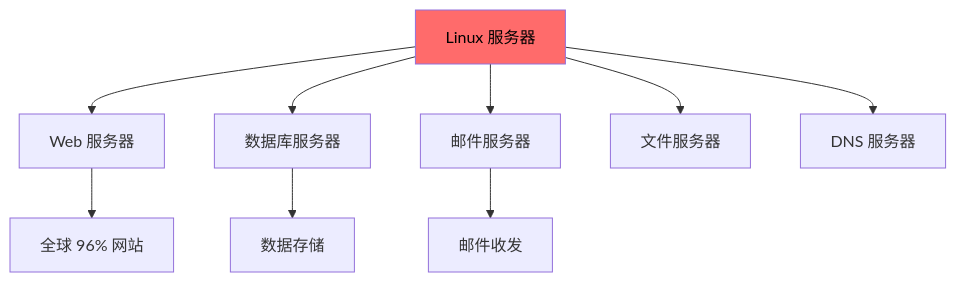
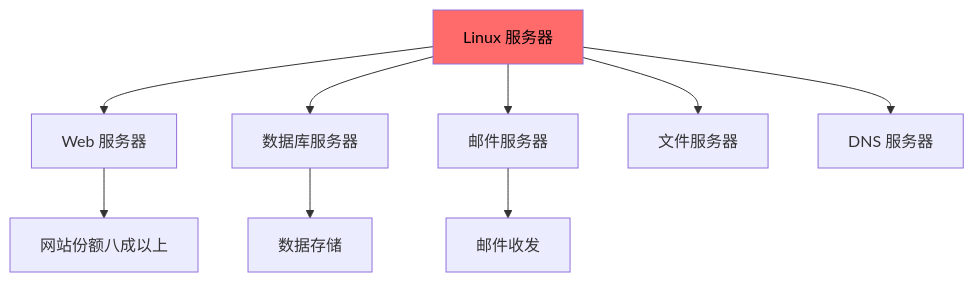
One commit to before80/prgms changed the eighth of 12 diagrams in content/linux/basic/Chapter-02-Linux-Introduction.md. Above: the diagram before and after it, drawn with Mermaid. The commit also changed other lines of this file and 1645 other files, not shown here.

````diff
--- a/content/linux/basic/Chapter-02-Linux-Introduction.md
+++ b/content/linux/basic/Chapter-02-Linux-Introduction.md
@@ -941,14 +948,14 @@
 ```mermaid
 graph TD
     A[Linux 服务器] --> B[Web 服务器]
     A --> C[数据库服务器]
     A --> D[邮件服务器]
     A --> E[文件服务器]
     A --> F[DNS 服务器]
     
-    B --> G[全球 96% 网站]
+    B --> G[网站份额八成以上]
     C --> H[数据存储]
     D --> I[邮件收发]
     
     style A fill:#ff6b6b,color:#000
 ```
````
